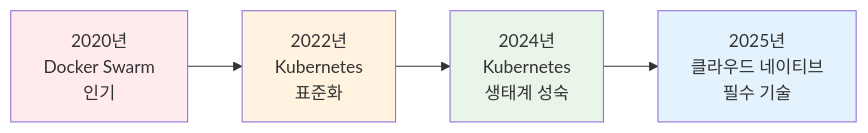
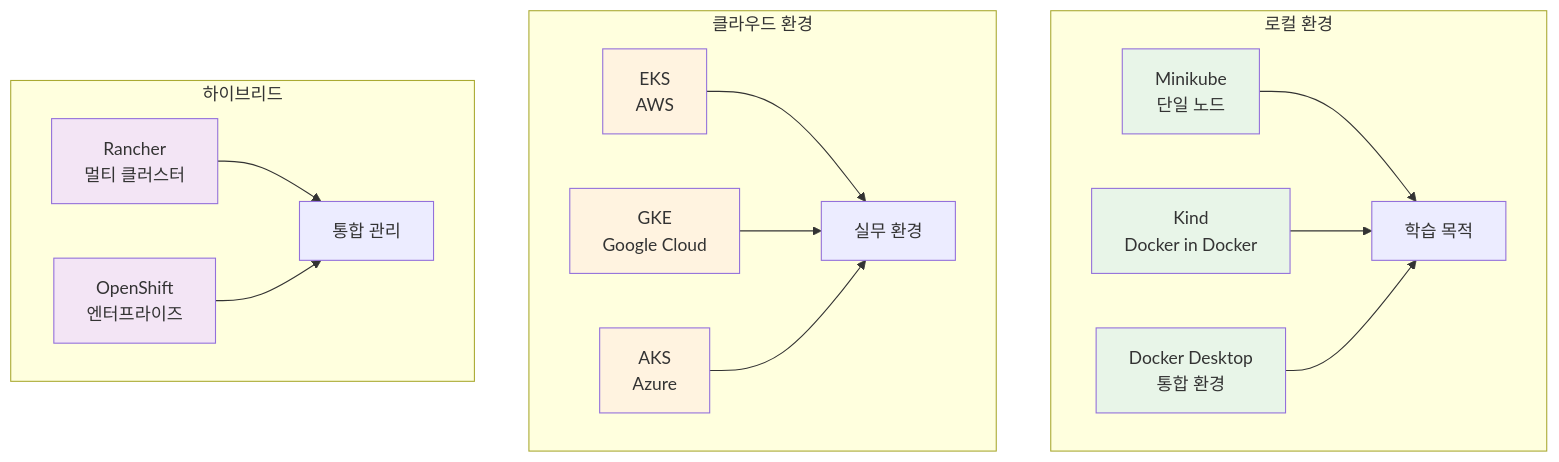
One commit to niceguy61/kdt_devops_lecture_2025 changed the third of 3 diagrams in theory/week_02/day4/session_3.md. Above: the diagram before and after it, drawn with Mermaid. The commit also changed other lines of this file and 27 other files, not shown here.

````diff
--- a/theory/week_02/day4/session_3.md
+++ b/theory/week_02/day4/session_3.md
@@ -228,11 +123,28 @@
 ```mermaid
-graph LR
-    A[2020년<br/>Docker Swarm<br/>인기] --> B[2022년<br/>Kubernetes<br/>표준화]
-    B --> C[2024년<br/>Kubernetes<br/>생태계 성숙]
-    C --> D[2025년<br/>클라우드 네이티브<br/>필수 기술]
+graph TB
+    subgraph "로컬 환경"
+        A[Minikube<br/>단일 노드] --> D[학습 목적]
+        B[Kind<br/>Docker in Docker] --> D
+        C[Docker Desktop<br/>통합 환경] --> D
+    end
     
-    style A fill:#ffebee
-    style B fill:#fff3e0
+    subgraph "클라우드 환경"
+        E[EKS<br/>AWS] --> F[실무 환경]
+        G[GKE<br/>Google Cloud] --> F
+        H[AKS<br/>Azure] --> F
+    end
+    
+    subgraph "하이브리드"
+        I[Rancher<br/>멀티 클러스터] --> J[통합 관리]
+        K[OpenShift<br/>엔터프라이즈] --> J
+    end
+    
+    style A fill:#e8f5e8
+    style B fill:#e8f5e8
     style C fill:#e8f5e8
-    style D fill:#e3f2fd
+    style E fill:#fff3e0
+    style G fill:#fff3e0
+    style H fill:#fff3e0
+    style I fill:#f3e5f5
+    style K fill:#f3e5f5
 ```
````
